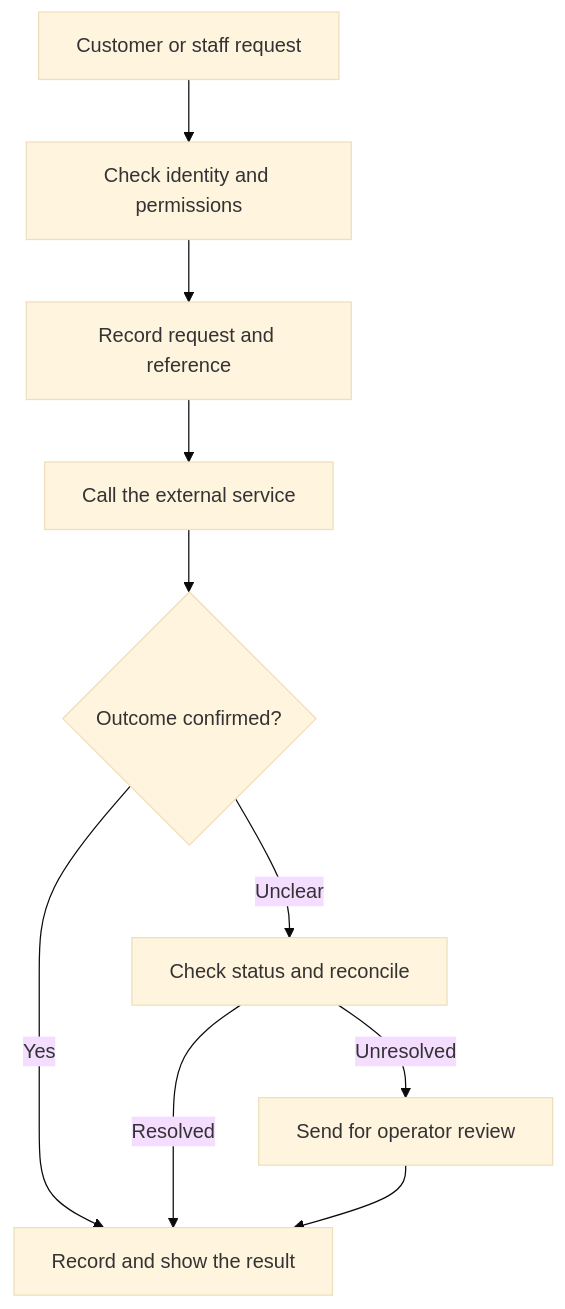
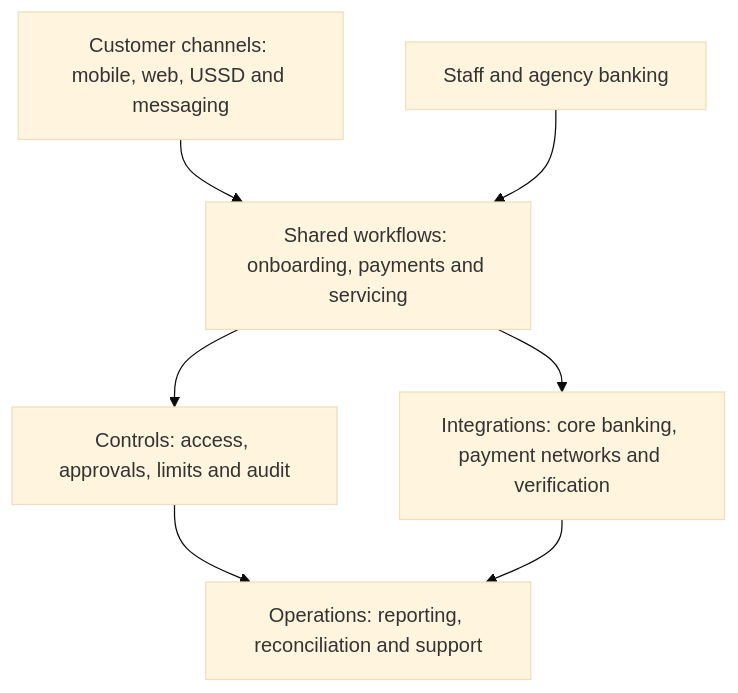
The first of 2 diagrams in README.md (moyogedion/moyogedion), drawn with Mermaid (base theme) before and after one commit. The commit also changed other lines of this file, not shown here.

First line of the commit message:
Revise README with updated professional detailsLead with product and architecture direction

````diff
--- a/README.md
+++ b/README.md
@@ -27,12 +23,9 @@
 ```mermaid
 graph TD
-    A["Customer or staff request"] --> B["Check identity and permissions"]
-    B --> C["Record request and reference"]
-    C --> D["Call the external service"]
-    D --> E{"Outcome confirmed?"}
-    E -->|Yes| F["Record and show the result"]
-    E -->|Unclear| G["Check status and reconcile"]
-    G -->|Resolved| F
-    G -->|Unresolved| H["Send for operator review"]
-    H --> F
+    A["Customer channels: mobile, web, USSD and messaging"] --> C["Shared workflows: onboarding, payments and servicing"]
+    B["Staff and agency banking"] --> C
+    C --> D["Controls: access, approvals, limits and audit"]
+    C --> E["Integrations: core banking, payment networks and verification"]
+    D --> F["Operations: reporting, reconciliation and support"]
+    E --> F
 ```
````
